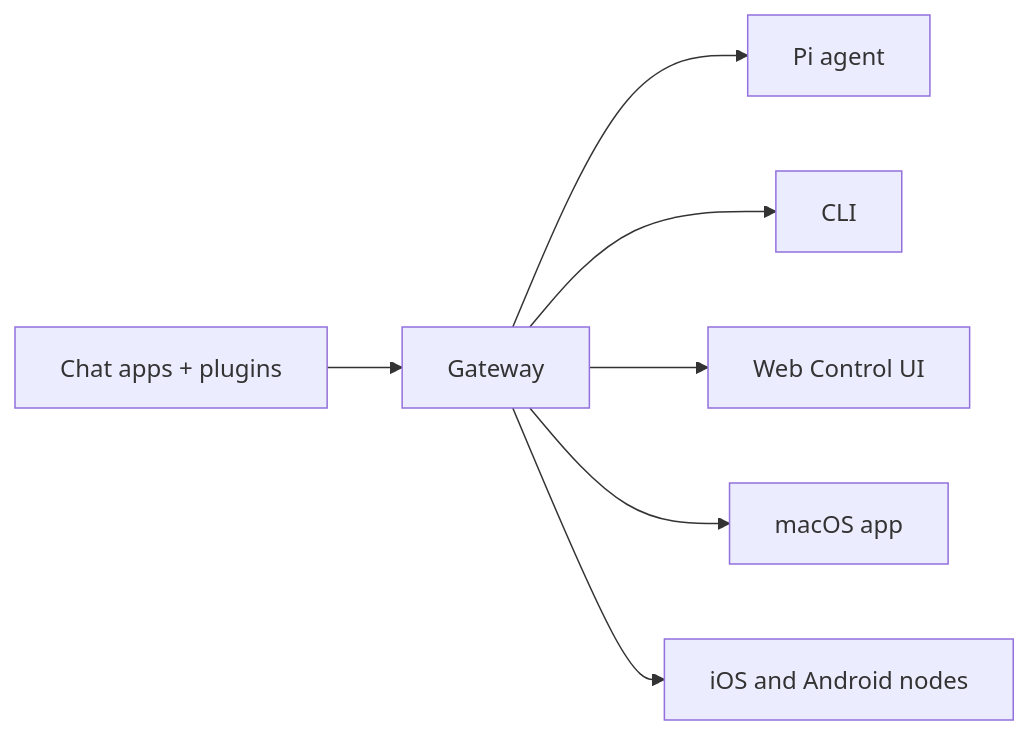
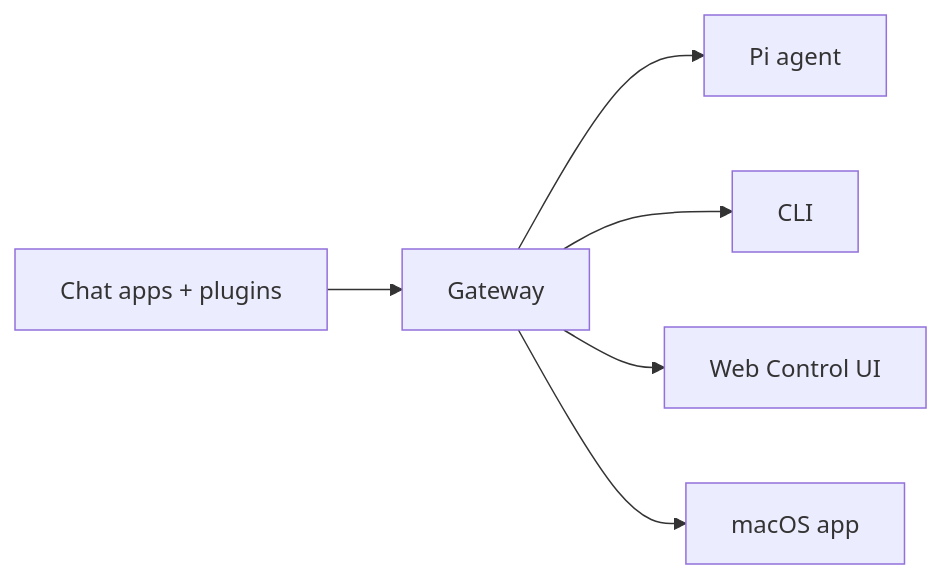
Before and after one commit to nuno7lopes-collab/alisio: the diagram in docs/zh-CN/index.md, drawn with Mermaid. The commit also changed other lines of this file and 866 other files, not shown here.

````diff
--- a/docs/zh-CN/index.md
+++ b/docs/zh-CN/index.md
@@ -55,9 +55,8 @@
 ```mermaid
 flowchart LR
   A["Chat apps + plugins"] --> B["Gateway"]
   B --> C["Pi agent"]
   B --> D["CLI"]
   B --> E["Web Control UI"]
   B --> F["macOS app"]
-  B --> G["iOS and Android nodes"]
 ```
````
